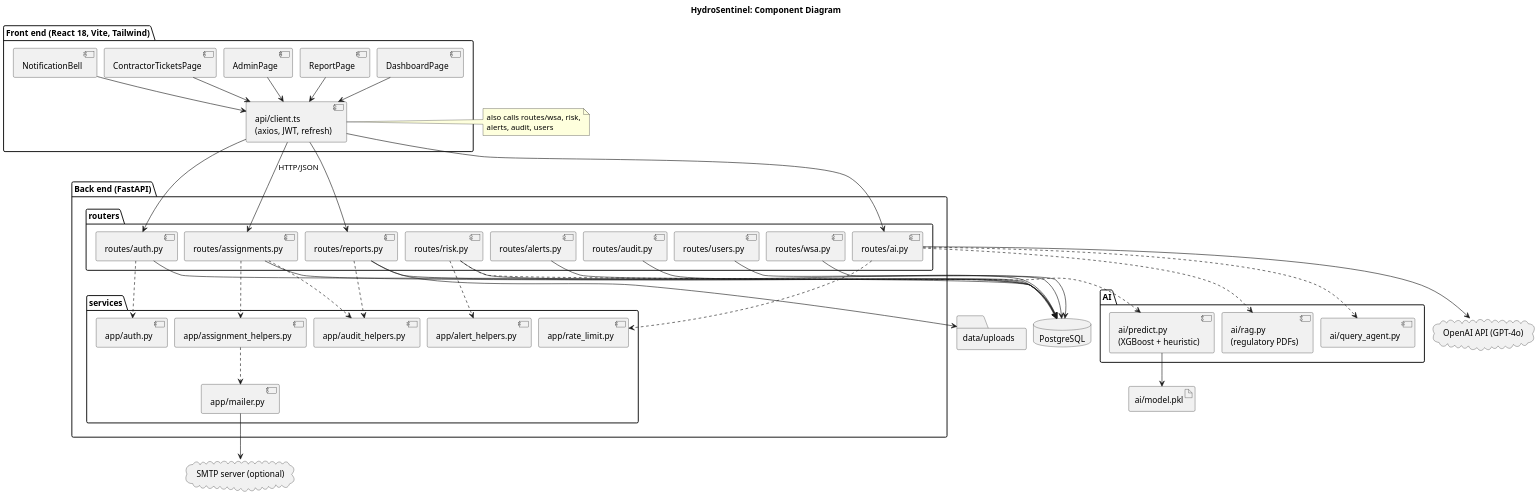
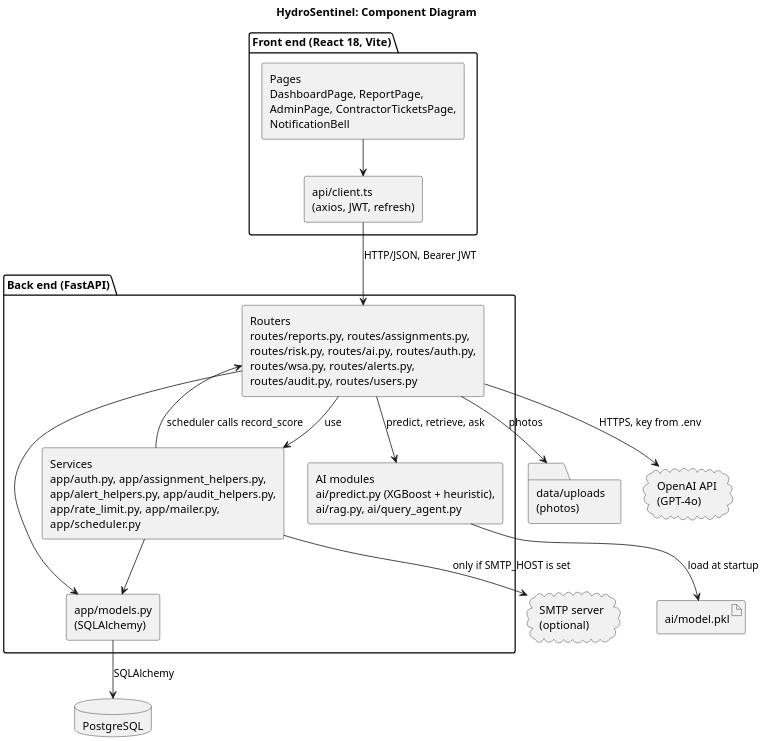
The diagram in docs/a5/uml/ISJ107V_A5_Q3.4a_Component.puml (Malodeity/hydrosentinel), drawn with PlantUML before and after one commit. The commit also changed 43 other files, not shown here.

First line of the commit message:
Docs: new UML diagrams in the A4 style, updated report, slides, requirements, evidence and UAT results

```diff
--- a/docs/a5/uml/ISJ107V_A5_Q3.4a_Component.puml
+++ b/docs/a5/uml/ISJ107V_A5_Q3.4a_Component.puml
@@ -1,82 +1,39 @@
 @startuml
 skinparam shadowing false
-skinparam dpi 150
+skinparam dpi 200
 skinparam defaultFontName Helvetica
+skinparam componentStyle rectangle
 top to bottom direction
-skinparam nodesep 12
-skinparam ranksep 40
+skinparam nodesep 30
+skinparam ranksep 45
 title HydroSentinel: Component Diagram
 
-package "Front end (React 18, Vite, Tailwind)" {
-  [DashboardPage] as Dash
-  [ReportPage] as RepP
-  [AdminPage] as AdmP
-  [ContractorTicketsPage] as TickP
-  [NotificationBell] as Bell
-  [api/client.ts\n(axios, JWT, refresh)] as Client
+package "Front end (React 18, Vite)" {
+  component "Pages\nDashboardPage, ReportPage,\nAdminPage, ContractorTicketsPage,\nNotificationBell" as Pages
+  component "api/client.ts\n(axios, JWT, refresh)" as Client
 }
 package "Back end (FastAPI)" {
-  package "routers" {
-    [routes/auth.py] as RAuth
-    [routes/wsa.py] as RWsa
-    [routes/reports.py] as RRep
-    [routes/assignments.py] as RAssign
-    [routes/risk.py] as RRisk
-    [routes/alerts.py] as RAlert
-    [routes/audit.py] as RAudit
-    [routes/users.py] as RUsers
-    [routes/ai.py] as RAi
-  }
-  package "services" {
-    [app/auth.py] as SAuth
-    [app/assignment_helpers.py] as SAssign
-    [app/alert_helpers.py] as SAlert
-    [app/audit_helpers.py] as SAudit
-    [app/mailer.py] as SMail
-    [app/rate_limit.py] as SRate
-  }
-}
-package "AI" {
-  [ai/predict.py\n(XGBoost + heuristic)] as Pred
-  [ai/rag.py\n(regulatory PDFs)] as Rag
-  [ai/query_agent.py] as Agent
+  component "Routers\nroutes/reports.py, routes/assignments.py,\nroutes/risk.py, routes/ai.py, routes/auth.py,\nroutes/wsa.py, routes/alerts.py,\nroutes/audit.py, routes/users.py" as Routers
+  component "Services\napp/auth.py, app/assignment_helpers.py,\napp/alert_helpers.py, app/audit_helpers.py,\napp/rate_limit.py, app/mailer.py,\napp/scheduler.py" as Services
+  component "AI modules\nai/predict.py (XGBoost + heuristic),\nai/rag.py, ai/query_agent.py" as AI
+  component "app/models.py\n(SQLAlchemy)" as Models
 }
 database "PostgreSQL" as DB
-folder "data/uploads" as Up
+folder "data/uploads\n(photos)" as Up
 artifact "ai/model.pkl" as Model
-cloud "OpenAI API (GPT-4o)" as OAI
-cloud "SMTP server (optional)" as Smtp
+cloud "OpenAI API\n(GPT-4o)" as OAI
+cloud "SMTP server\n(optional)" as Smtp
 
-Dash --> Client
-RepP --> Client
-AdmP --> Client
-TickP --> Client
-Bell --> Client
-Client --> RAssign : HTTP/JSON
-Client --> RRep
-Client --> RAi
-Client --> RAuth
-RAuth ..> SAuth
-RAssign ..> SAssign
-RAssign ..> SAudit
-RRep ..> SAudit
-RRisk ..> SAlert
-RRisk ..> Pred
-RAi ..> SRate
-RAi ..> Rag
-RAi ..> Agent
-SAssign ..> SMail
-RRep --> Up
-Pred --> Model
-RAi --> OAI
-SMail --> Smtp
-RAssign --> DB
-RRep --> DB
-RWsa --> DB
-RAlert --> DB
-RAudit --> DB
-RUsers --> DB
-RRisk --> DB
-RAuth --> DB
-note right of Client : also calls routes/wsa, risk,\nalerts, audit, users
+Pages --> Client
+Client --> Routers : HTTP/JSON, Bearer JWT
+Routers --> Services : use
+Routers --> AI : predict, retrieve, ask
+Services --> Routers : scheduler calls record_score
+Routers --> Models
+Services --> Models
+Models --> DB : SQLAlchemy
+Routers --> Up : photos
+AI --> Model : load at startup
+Routers --> OAI : HTTPS, key from .env
+Services --> Smtp : only if SMTP_HOST is set
 @enduml
```
